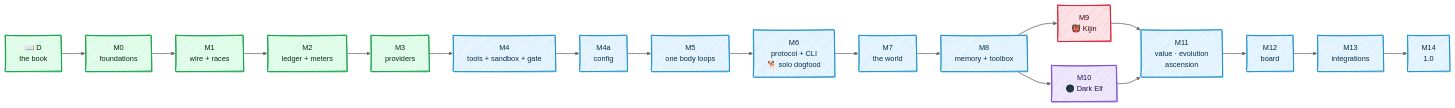
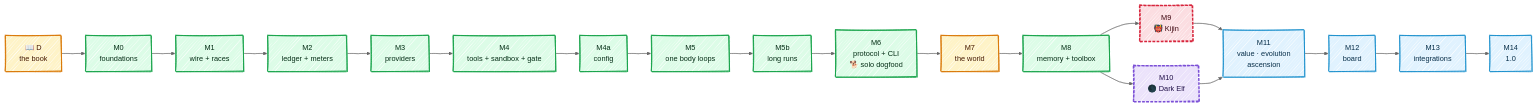
One commit to Kaginari/mnemorph changed the diagram in docs/roadmap.md. Above: the diagram before and after it, drawn with Mermaid. The commit also changed other lines of this file and 10 other files, not shown here.

````diff
--- a/docs/roadmap.md
+++ b/docs/roadmap.md
@@ -5,35 +5,38 @@
 ```mermaid
 ---
 config:
   look: handDrawn
   theme: neutral
   flowchart:
     wrappingWidth: 360
 ---
 flowchart LR
     D["📖 D<br/>the book"] --> M0["M0<br/>foundations"]
     M0 --> M1["M1<br/>wire + races"]
     M1 --> M2["M2<br/>ledger + meters"]
     M2 --> M3["M3<br/>providers"]
     M3 --> M4["M4<br/>tools + sandbox + gate"]
     M4 --> M4a["M4a<br/>config"]
     M4a --> M5["M5<br/>one body loops"]
-    M5 --> M6["M6<br/>protocol + CLI<br/>🐕 solo dogfood"]
+    M5 --> M5b["M5b<br/>long runs"]
+    M5b --> M6["M6<br/>protocol + CLI<br/>🐕 solo dogfood"]
     M6 --> M7["M7<br/>the world"]
     M7 --> M8["M8<br/>memory + toolbox"]
     M8 --> M9["M9<br/>👹 Kijin"]
     M8 --> M10["M10<br/>🌑 Dark Elf"]
     M9 --> M11["M11<br/>value · evolution<br/>ascension"]
     M10 --> M11
     M11 --> M12["M12<br/>board"]
     M12 --> M13["M13<br/>integrations"]
     M13 --> M14["M14<br/>1.0"]
     classDef good fill:#dcfce7,stroke:#16a34a,stroke-width:2px,color:#052e16
-    class D,M0,M1,M2,M3 good
+    class M0,M1,M2,M3,M4,M4a,M5,M5b,M6,M8 good
+    classDef doing fill:#fef3c7,stroke:#d97706,stroke-width:2px,color:#451a03
+    class D,M7 doing
     classDef step fill:#e0f2fe,stroke:#0284c7,stroke-width:1.5px,color:#082f49
-    class M4,M4a,M5,M6,M7,M8,M11,M12,M13,M14 step
-    classDef kijin fill:#fbdde1,stroke:#D7263D,stroke-width:2px,color:#3d0710
+    class M11,M12,M13,M14 step
+    classDef kijin fill:#fbdde1,stroke:#D7263D,stroke-width:3px,stroke-dasharray:6 3,color:#3d0710
     class M9 kijin
-    classDef dark fill:#ebe2fb,stroke:#7B4FD6,stroke-width:2px,color:#22114a
+    classDef dark fill:#ebe2fb,stroke:#7B4FD6,stroke-width:3px,stroke-dasharray:6 3,color:#22114a
     class M10 dark
 ```
````
